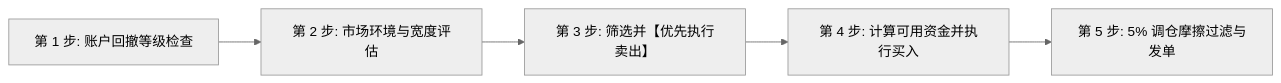
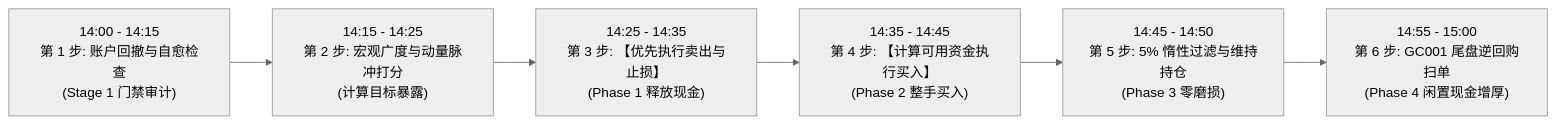
The second of 2 diagrams in docs/ruleset/chan_four_state_blend/rules_cn.md (stonewell/quant_research), drawn with Mermaid (neutral theme) before and after one commit. The commit also changed other lines of this file and 5 other files, not shown here.

````diff
--- a/docs/ruleset/chan_four_state_blend/rules_cn.md
+++ b/docs/ruleset/chan_four_state_blend/rules_cn.md
@@ -35,7 +83,8 @@
 ```mermaid
 flowchart LR
-    T1["第 1 步: 账户回撤等级检查"] --> T2["第 2 步: 市场环境与宽度评估"]
-    T2 --> T3["第 3 步: 筛选并【优先执行卖出】"]
-    T3 --> T4["第 4 步: 计算可用资金并执行买入"]
-    T4 --> T5["第 5 步: 5% 调仓摩擦过滤与发单"]
+    T1["14:00 - 14:15\n第 1 步: 账户回撤与自愈检查\n(Stage 1 门禁审计)"] --> T2["14:15 - 14:25\n第 2 步: 宏观广度与动量脉冲打分\n(计算目标暴露)"]
+    T2 --> T3["14:25 - 14:35\n第 3 步: 【优先执行卖出与止损】\n(Phase 1 释放现金)"]
+    T3 --> T4["14:35 - 14:45\n第 4 步: 【计算可用资金执行买入】\n(Phase 2 整手买入)"]
+    T4 --> T5["14:45 - 14:50\n第 5 步: 5% 惰性过滤与维持持仓\n(Phase 3 零磨损)"]
+    T5 --> T6["14:55 - 15:00\n第 6 步: GC001 尾盘逆回购扫单\n(Phase 4 闲置现金增厚)"]
 ```
````
